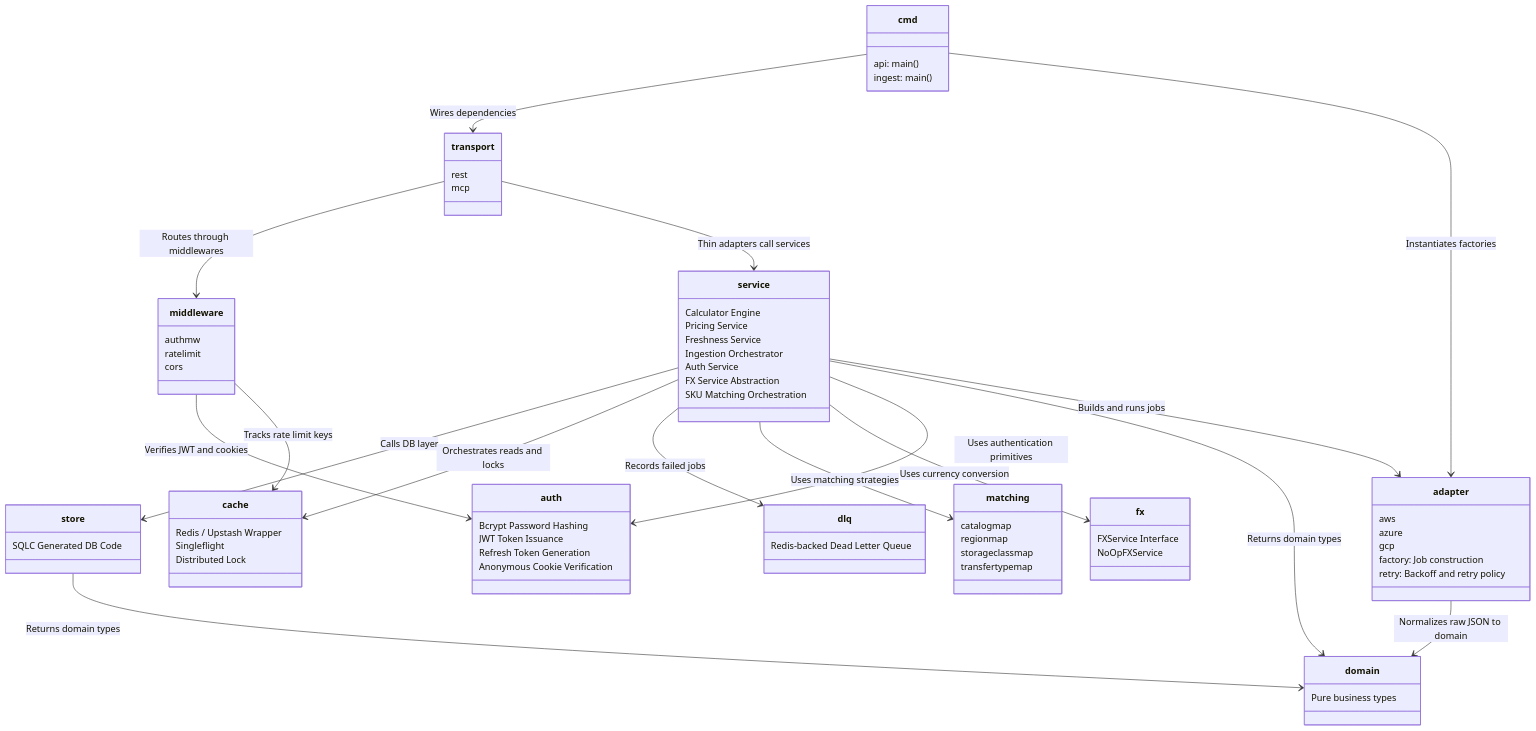
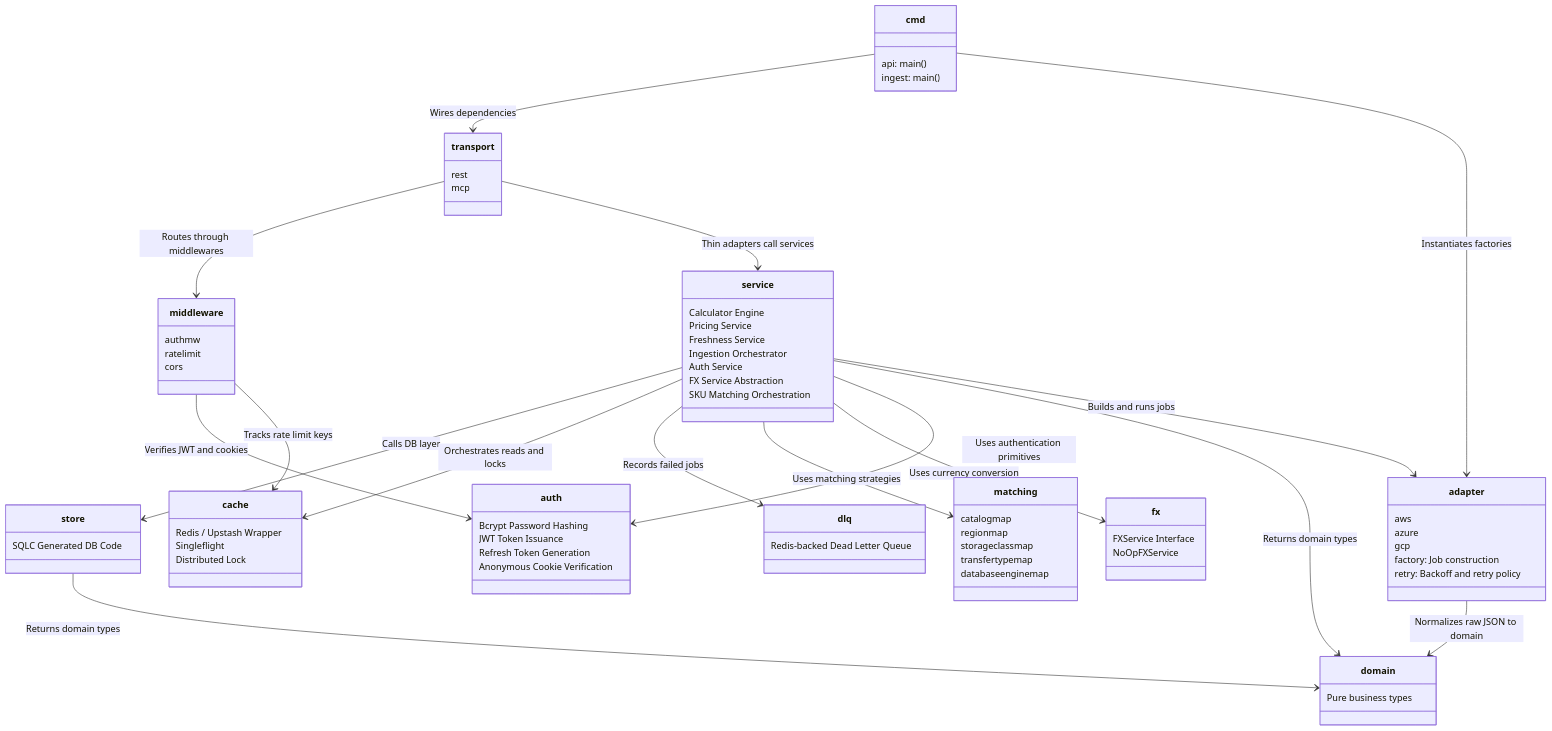
The diagram in docs/diagrams/06-package-structure.md (thatengineerguy21/cloudvitta), drawn with Mermaid before and after one commit. The commit also changed 51 other files, not shown here.

```diff
--- a/docs/diagrams/06-package-structure.md
+++ b/docs/diagrams/06-package-structure.md
@@ -59,6 +59,7 @@
         regionmap
         storageclassmap
         transfertypemap
+        databaseenginemap
     }
 
     class fx {
```
